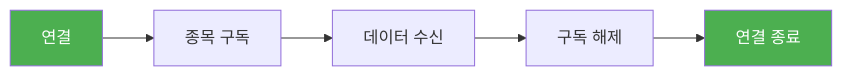
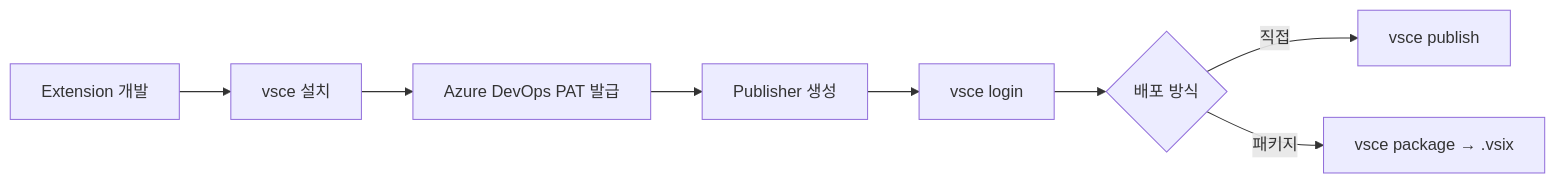
One commit to ice-ice-bear/ice-ice-bear.github.io changed the diagram in content/posts/2026-02-27-tech-log.md. Above: the diagram before and after it, drawn with Mermaid. The commit also changed other lines of this file, not shown here.

````diff
--- a/content/posts/2026-02-27-tech-log.md
+++ b/content/posts/2026-02-27-tech-log.md
@@ -53,9 +14,10 @@
 ```mermaid
 graph LR
-    A[연결] --> B[종목 구독]
-    B --> C[데이터 수신]
-    C --> D[구독 해제]
-    D --> E[연결 종료]
-    style A fill:#4CAF50,color:#fff
-    style E fill:#4CAF50,color:#fff
+    A[Extension 개발] --> B[vsce 설치]
+    B --> C[Azure DevOps PAT 발급]
+    C --> D[Publisher 생성]
+    D --> E[vsce login]
+    E --> F{배포 방식}
+    F -->|직접| G[vsce publish]
+    F -->|패키지| H[vsce package → .vsix]
 ```
````
